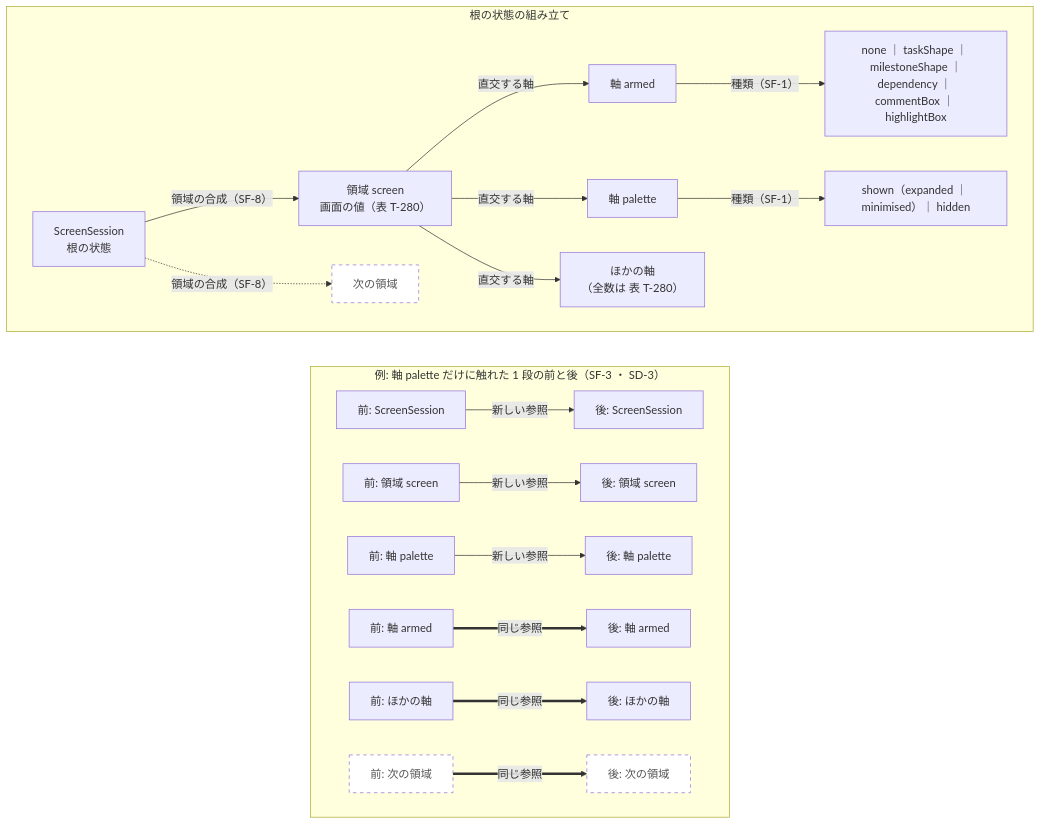
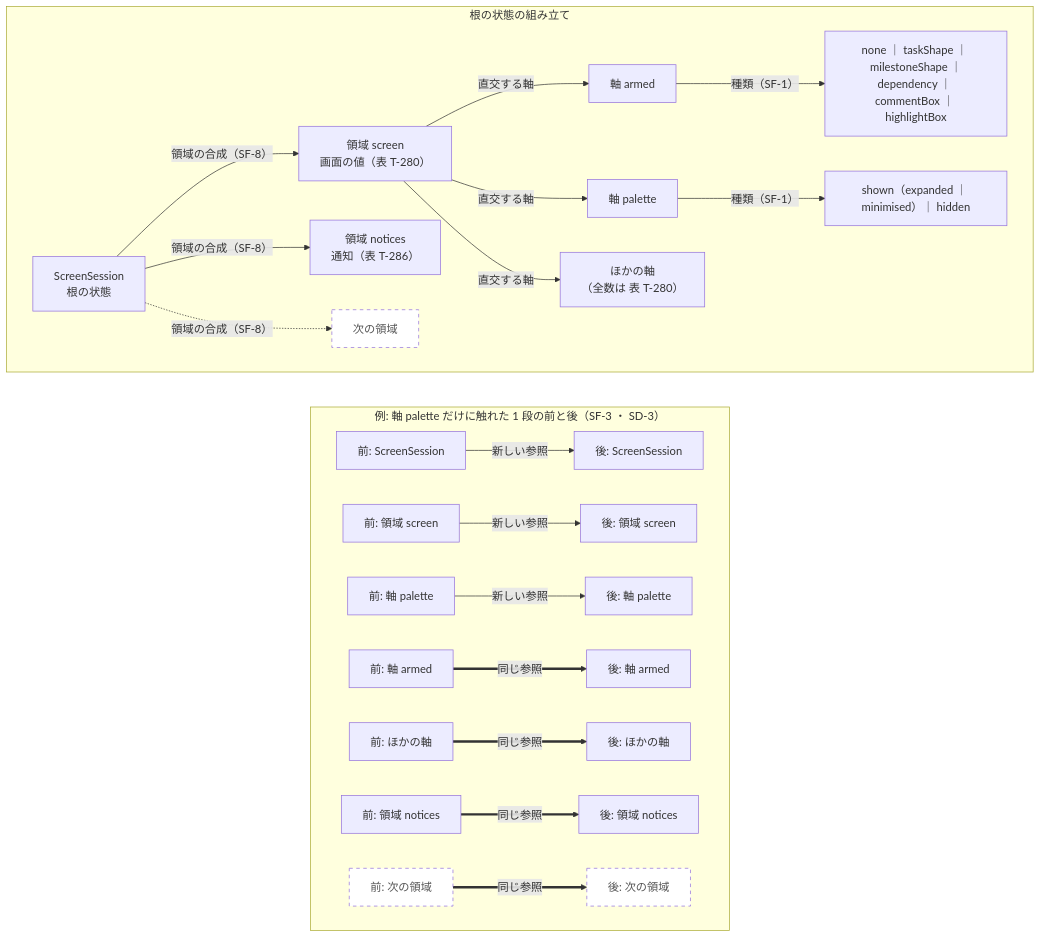
The fourth of 4 diagrams in docs/spec/05-07-design.md (GoodRelax/gr-scheduler), drawn with Mermaid before and after one commit. The commit also changed other lines of this file and 15 other files, not shown here.

````diff
--- a/docs/spec/05-07-design.md
+++ b/docs/spec/05-07-design.md
@@ -1033,33 +1035,36 @@
 ```mermaid
 flowchart TB
     subgraph Shape["根の状態の組み立て"]
         direction LR
         Root["ScreenSession<br>根の状態"]
         Screen["領域 screen<br>画面の値（表 T-280）"]
+        Notices["領域 notices<br>通知（表 T-286）"]
         Next["次の領域"]:::future
         Armed["軸 armed"]
         Palette["軸 palette"]
         Others["ほかの軸<br>（全数は 表 T-280）"]
         ArmedK["none ｜ taskShape ｜ milestoneShape ｜<br>dependency ｜ commentBox ｜ highlightBox"]
         PaletteK["shown（expanded ｜ minimised）｜ hidden"]
         Root -->|"領域の合成（SF-8）"| Screen
+        Root -->|"領域の合成（SF-8）"| Notices
         Root -.->|"領域の合成（SF-8）"| Next
         Screen -->|"直交する軸"| Armed
         Screen -->|"直交する軸"| Palette
         Screen -->|"直交する軸"| Others
         Armed -->|"種類（SF-1）"| ArmedK
         Palette -->|"種類（SF-1）"| PaletteK
     end
     subgraph Step["例: 軸 palette だけに触れた 1 段の前と後（SF-3 ・ SD-3）"]
         direction LR
         R0["前: ScreenSession"] -->|"新しい参照"| R1["後: ScreenSession"]
         S0["前: 領域 screen"] -->|"新しい参照"| S1["後: 領域 screen"]
         P0["前: 軸 palette"] -->|"新しい参照"| P1["後: 軸 palette"]
         A0["前: 軸 armed"] ==>|"同じ参照"| A1["後: 軸 armed"]
         O0["前: ほかの軸"] ==>|"同じ参照"| O1["後: ほかの軸"]
+        M0["前: 領域 notices"] ==>|"同じ参照"| M1["後: 領域 notices"]
         N0["前: 次の領域"]:::future ==>|"同じ参照"| N1["後: 次の領域"]:::future
     end
     Shape ~~~ Step
 
     classDef future stroke-dasharray: 5 5,fill:#fff,color:#555
 ```
````
